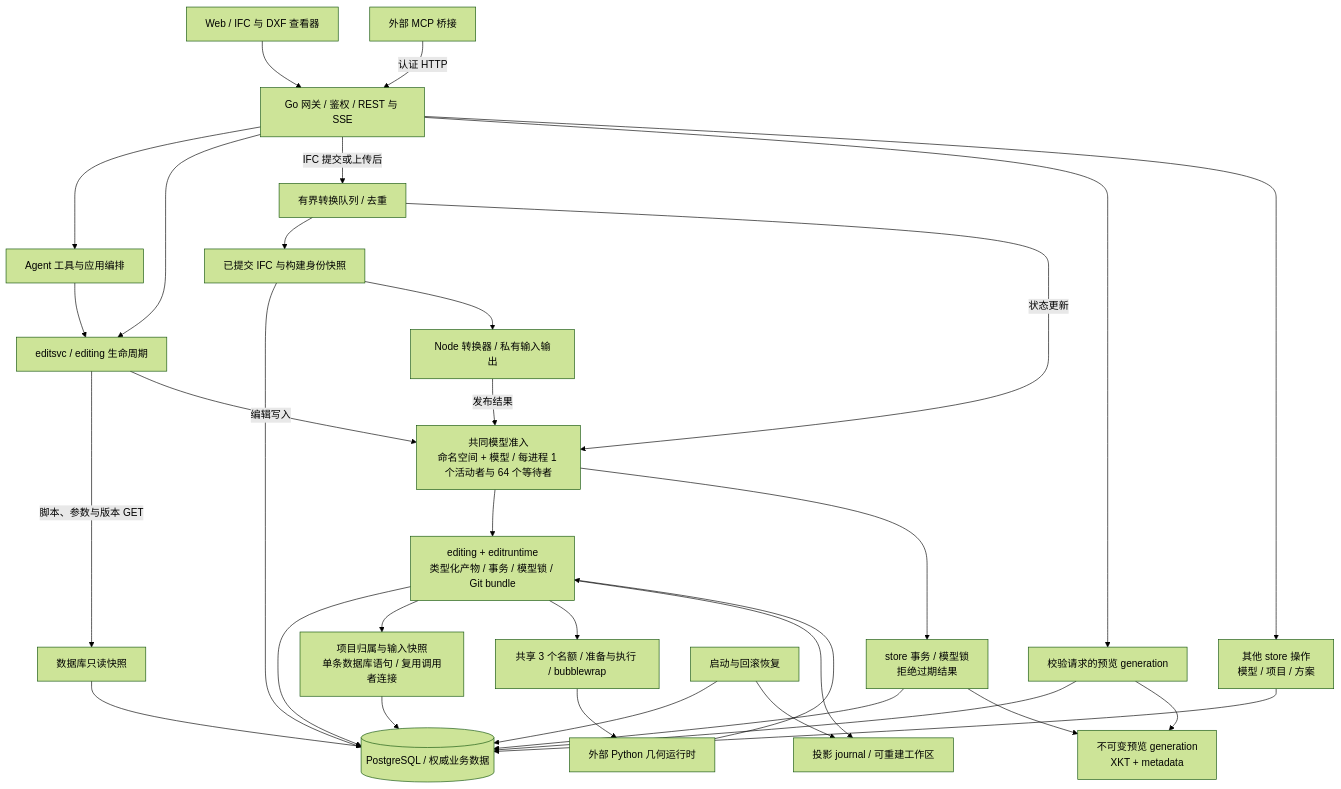
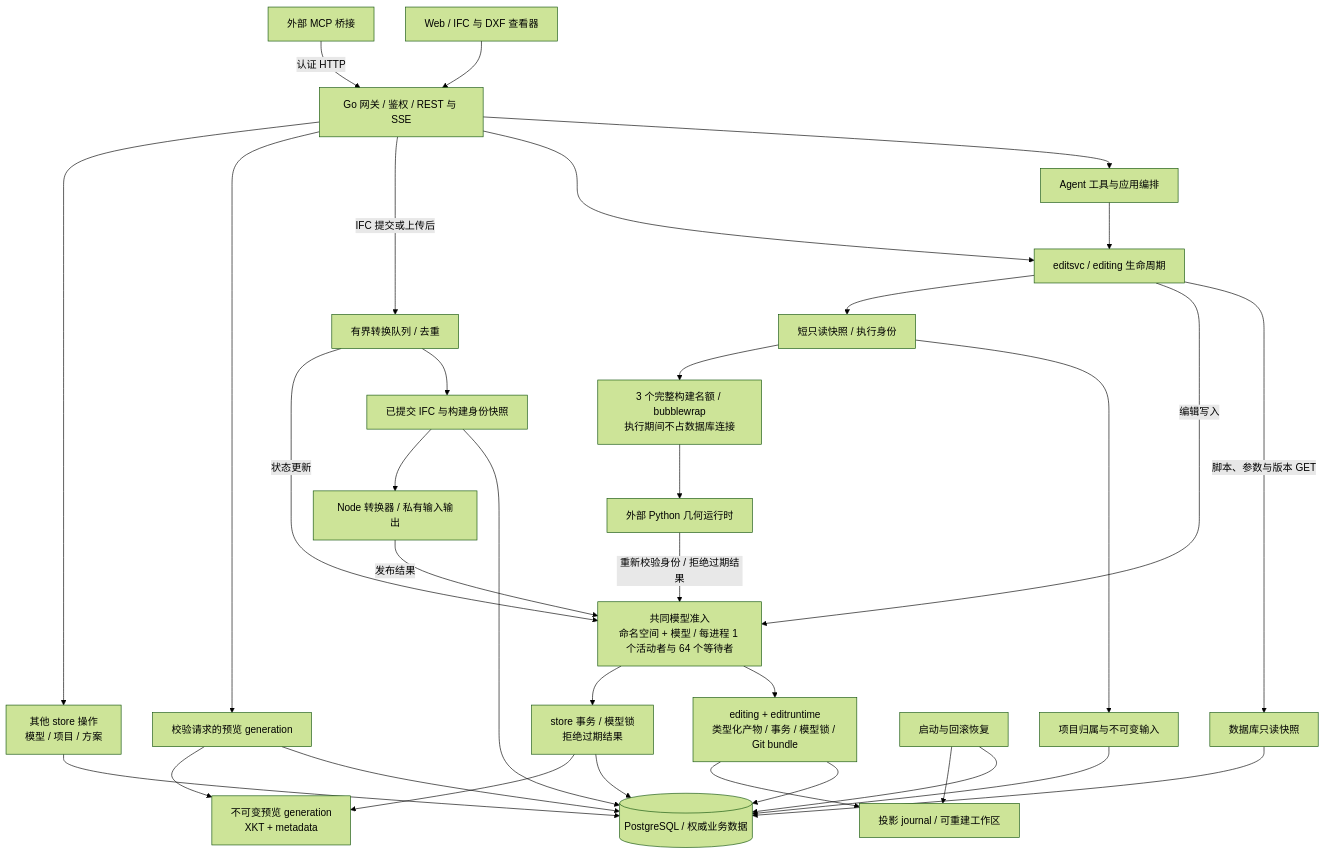
One commit to 0702hjj/SourceAEC changed the first of 2 diagrams in README.zh-CN.md. Above: the diagram before and after it, drawn with Mermaid (forest theme). The commit also changed other lines of this file and 23 other files, not shown here.

````diff
--- a/README.zh-CN.md
+++ b/README.zh-CN.md
@@ -16,35 +16,36 @@
 ```mermaid
 flowchart TB
     WEB[Web / IFC 与 DXF 查看器] --> API[Go 网关 / 鉴权 / REST 与 SSE]
     MCP[外部 MCP 桥接] -->|认证 HTTP| API
     API --> AGENT[Agent 工具与应用编排]
     API --> EDIT[editsvc / editing 生命周期]
     AGENT --> EDIT
     EDIT -->|脚本、参数与版本 GET| READ[数据库只读快照]
     READ --> PG[(PostgreSQL / 权威业务数据)]
     EDIT -->|编辑写入| GATE[共同模型准入<br/>命名空间 + 模型 / 每进程 1 个活动者与 64 个等待者]
     GATE --> WRITE[editing + editruntime<br/>类型化产物 / 事务 / 模型锁 / Git bundle]
     WRITE --> PG
-    WRITE --> INPUT[项目归属与输入快照<br/>单条数据库语句 / 复用调用者连接]
+    EDIT --> PREP[短只读快照 / 执行身份]
+    PREP --> INPUT[项目归属与不可变输入]
     INPUT --> PG
-    WRITE --> SANDBOX[共享 3 个名额 / 准备与执行 / bubblewrap]
+    PREP --> SANDBOX[3 个完整构建名额 / bubblewrap<br/>执行期间不占数据库连接]
     SANDBOX --> PY[外部 Python 几何运行时]
-    PY --> WRITE
+    PY -->|重新校验身份 / 拒绝过期结果| GATE
     WRITE --> JOURNAL[投影 journal / 可重建工作区]
     API -->|IFC 提交或上传后| QUEUE[有界转换队列 / 去重]
     QUEUE --> SOURCE[已提交 IFC 与构建身份快照]
     SOURCE --> PG
     SOURCE --> NODE[Node 转换器 / 私有输入输出]
     NODE -->|发布结果| GATE
     QUEUE -->|状态更新| GATE
     GATE --> DERIVED[store 事务 / 模型锁<br/>拒绝过期结果]
     DERIVED --> PG
     DERIVED --> CACHE[不可变预览 generation<br/>XKT + metadata]
     API --> VIEW[校验请求的预览 generation]
     VIEW --> PG
     VIEW --> CACHE
     RECOVER[启动与回滚恢复] --> PG
     RECOVER --> JOURNAL
     API --> OTHER[其他 store 操作<br/>模型 / 项目 / 方案]
     OTHER --> PG
 ```
````
